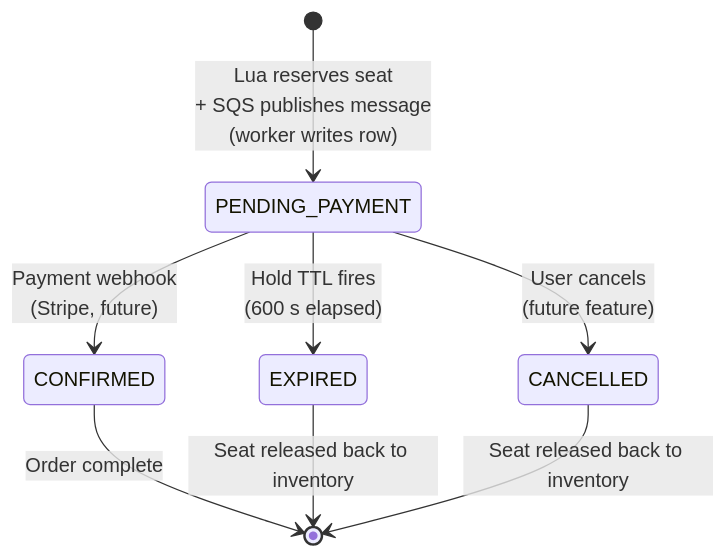
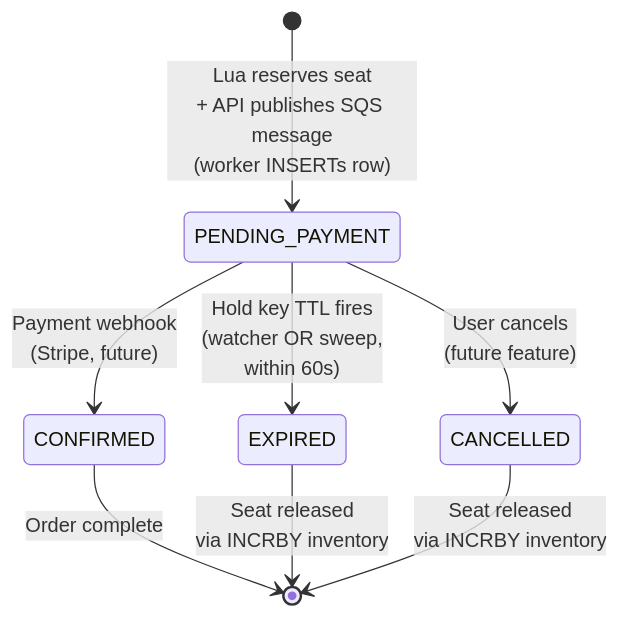
The ninth of 11 diagrams in docs/architecture.md (emmitt-k/ticket-deal), drawn with Mermaid before and after one commit. The commit also changed other lines of this file, not shown here.

First line of the commit message:
docs: rewrite architecture.md — refresh for Phases 5/6/7 + add File-by-File Reference

````diff
--- a/docs/architecture.md
+++ b/docs/architecture.md
@@ -409,12 +487,12 @@
 ```mermaid
 stateDiagram-v2
-    [*] --> PENDING_PAYMENT: Lua reserves seat<br/>+ SQS publishes message<br/>(worker writes row)
+    [*] --> PENDING_PAYMENT: Lua reserves seat<br/>+ API publishes SQS message<br/>(worker INSERTs row)
 
     PENDING_PAYMENT --> CONFIRMED: Payment webhook<br/>(Stripe, future)
-    PENDING_PAYMENT --> EXPIRED: Hold TTL fires<br/>(600 s elapsed)
+    PENDING_PAYMENT --> EXPIRED: Hold key TTL fires<br/>(watcher OR sweep,<br/>within 60s)
     PENDING_PAYMENT --> CANCELLED: User cancels<br/>(future feature)
 
     CONFIRMED --> [*]: Order complete
-    EXPIRED --> [*]: Seat released back to inventory
-    CANCELLED --> [*]: Seat released back to inventory
+    EXPIRED --> [*]: Seat released<br/>via INCRBY inventory
+    CANCELLED --> [*]: Seat released<br/>via INCRBY inventory
 ```
````
